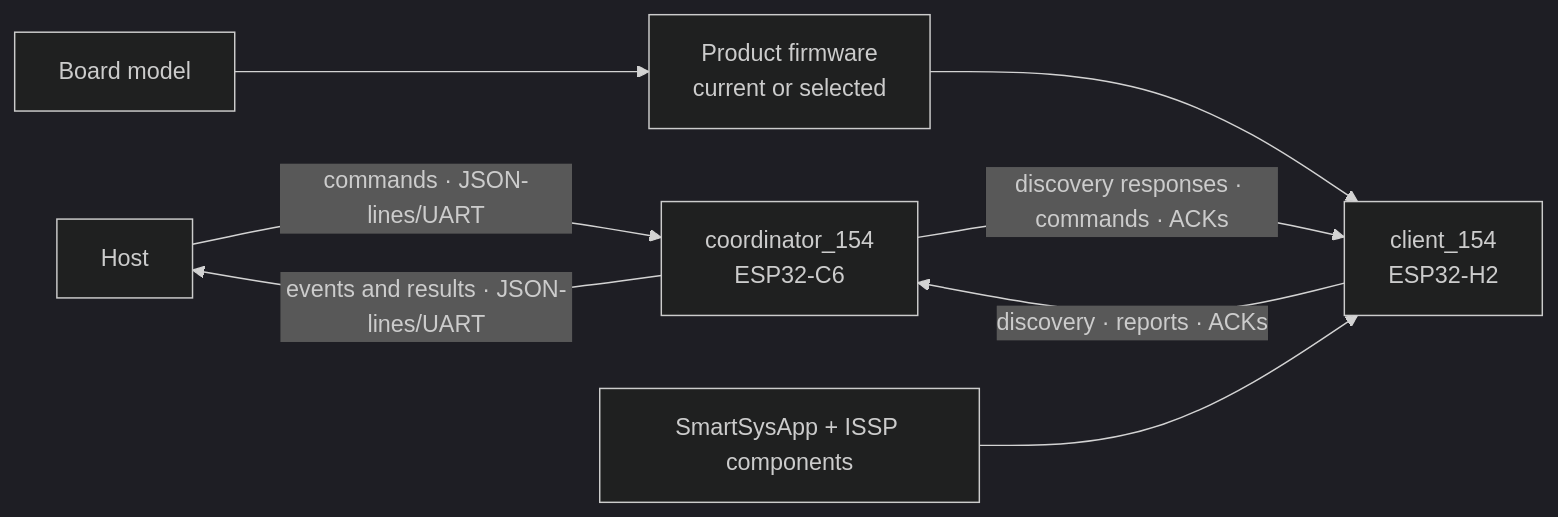
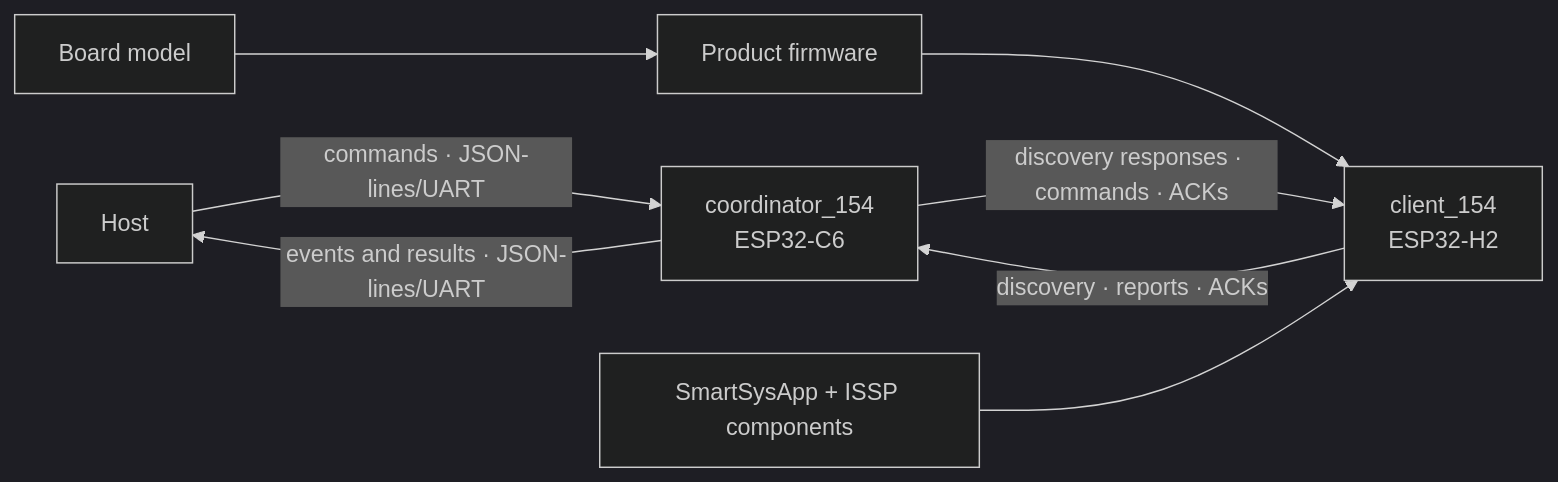
The diagram in docs/rfc/KNOWLEDGE-MAP.md (iotsmartsys/IoTSmartLink15.4), drawn with Mermaid (dark theme) before and after one commit. The commit also changed other lines of this file and 43 other files, not shown here.

````diff
--- a/docs/rfc/KNOWLEDGE-MAP.md
+++ b/docs/rfc/KNOWLEDGE-MAP.md
@@ -118,10 +83,10 @@
 ```mermaid
 flowchart LR
     Host["Host"] -->|"commands · JSON-lines/UART"| Coordinator["coordinator_154<br/>ESP32-C6"]
     Coordinator -->|"events and results · JSON-lines/UART"| Host
     Coordinator -->|"discovery responses · commands · ACKs"| Client["client_154<br/>ESP32-H2"]
     Client -->|"discovery · reports · ACKs"| Coordinator
-    Product["Product firmware<br/>current or selected"] --> Client
+    Product["Product firmware"] --> Client
     Board["Board model"] --> Product
     Shared["SmartSysApp + ISSP components"] --> Client
 ```
````
